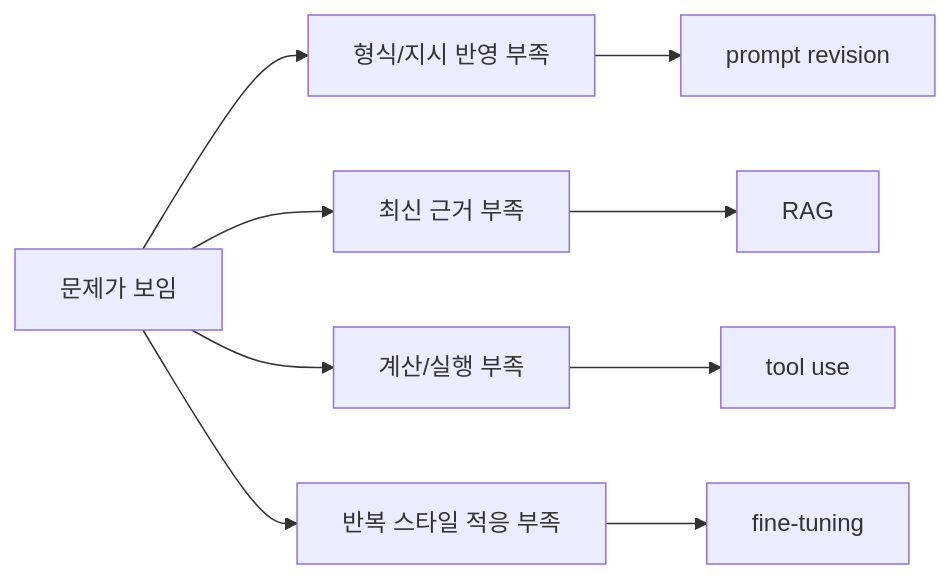
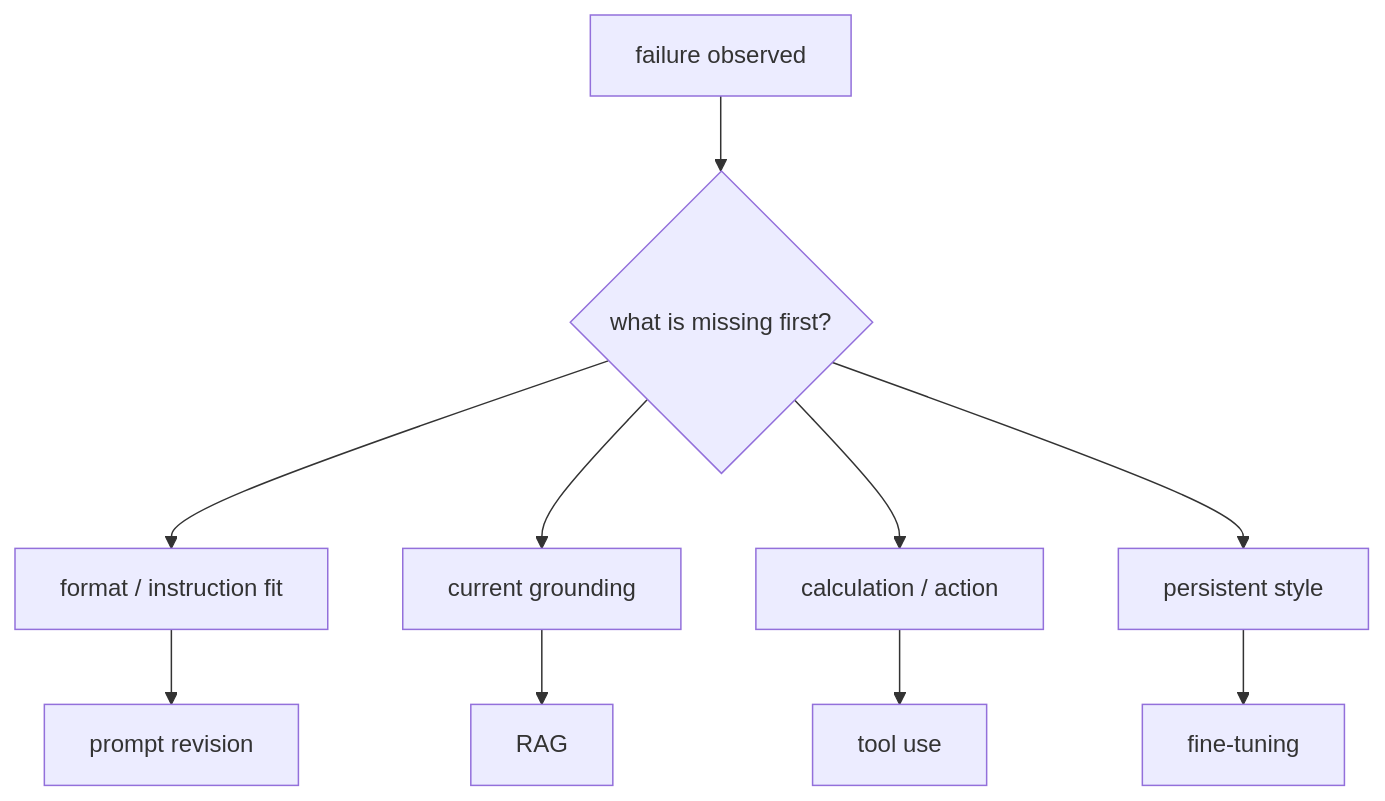
The second of 2 diagrams in docs/parts/part-05/chapter-08/section-03.md (devchan64/AiBook), drawn with Mermaid before and after one commit. The commit also changed 1 other file, not shown here.

Commit message:
docs: simplify decision and agent loop diagrams

````diff
--- a/docs/parts/part-05/chapter-08/section-03.md
+++ b/docs/parts/part-05/chapter-08/section-03.md
@@ -161,17 +161,17 @@
 ```mermaid
-flowchart LR
-  A["문제가 보임"]
-  B["형식/지시 반영 부족"]
-  C["최신 근거 부족"]
-  D["계산/실행 부족"]
-  E["반복 스타일 적응 부족"]
-  F["prompt revision"]
-  G["RAG"]
-  H["tool use"]
-  I["fine-tuning"]
+flowchart TD
+  A["failure observed"]
+  J{"what is missing first?"}
 
-  A --> B --> F
-  A --> C --> G
-  A --> D --> H
-  A --> E --> I
+  A --> J
+
+  J --> B["format / instruction fit"]
+  J --> C["current grounding"]
+  J --> D["calculation / action"]
+  J --> E["persistent style"]
+
+  B --> F["prompt revision"]
+  C --> G["RAG"]
+  D --> H["tool use"]
+  E --> I["fine-tuning"]
 ```
````
